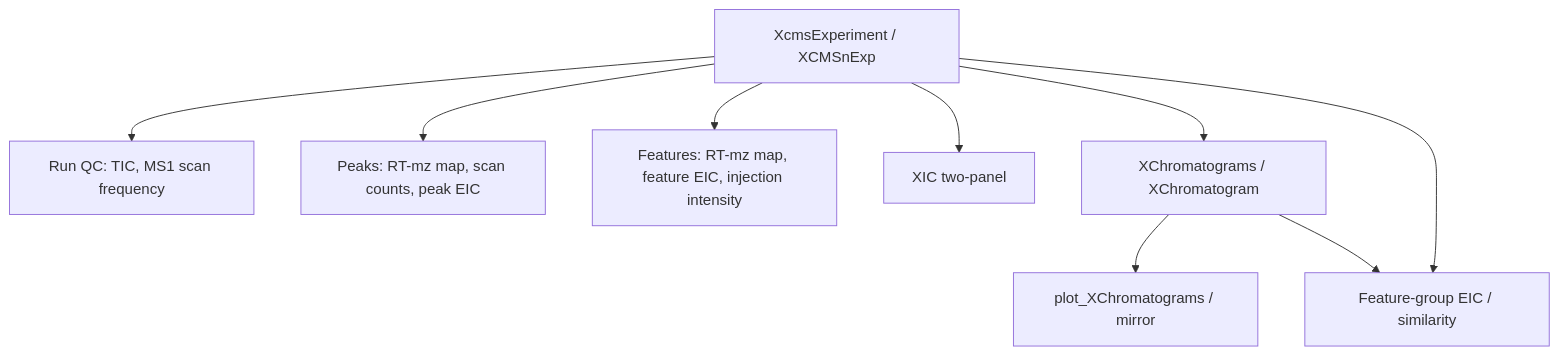
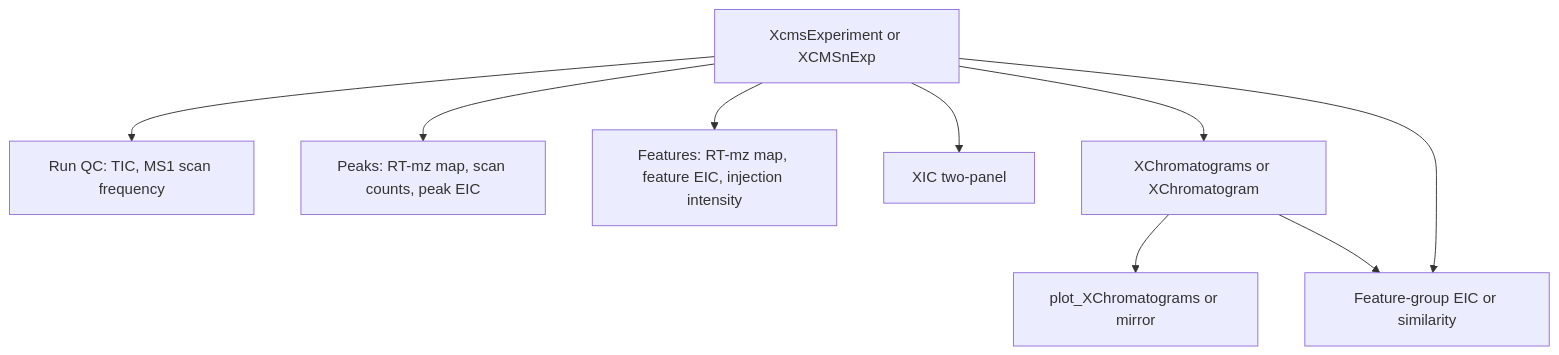
One commit to DrRuiLi/MSdev changed the diagram in articles/xcms-visualization.md. Above: the diagram before and after it, drawn with Mermaid. The commit also changed 5 other files, not shown here.

````diff
--- a/articles/xcms-visualization.md
+++ b/articles/xcms-visualization.md
@@ -19,19 +19,19 @@
 ``` mermaid
 flowchart TD
-  xcms["XcmsExperiment / XCMSnExp"]
-  chrom["XChromatograms / XChromatogram"]
+  xcms["XcmsExperiment or XCMSnExp"]
+  chrom["XChromatograms or XChromatogram"]
   qc["Run QC: TIC, MS1 scan frequency"]
   peaks["Peaks: RT-mz map, scan counts, peak EIC"]
   feats["Features: RT-mz map, feature EIC, injection intensity"]
   xic["XIC two-panel"]
-  overlay["plot_XChromatograms / mirror"]
-  fg["Feature-group EIC / similarity"]
+  overlay["plot_XChromatograms or mirror"]
+  fg["Feature-group EIC or similarity"]
   xcms --> qc
   xcms --> peaks
   xcms --> feats
   xcms --> xic
   xcms --> chrom
   chrom --> overlay
   xcms --> fg
   chrom --> fg
 ```
````
